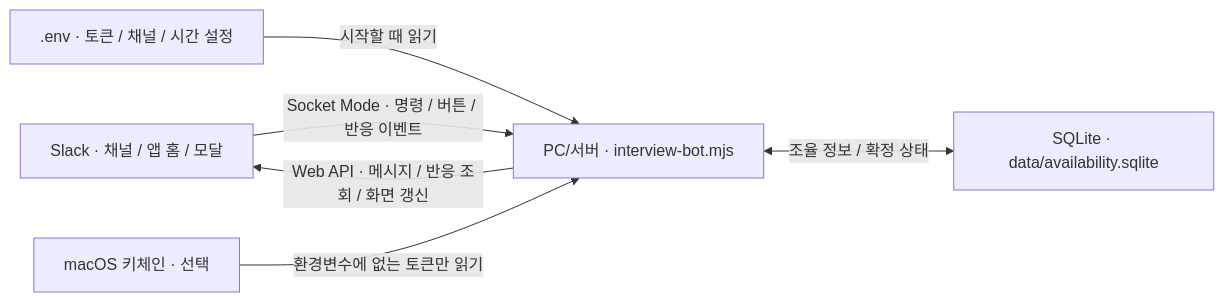
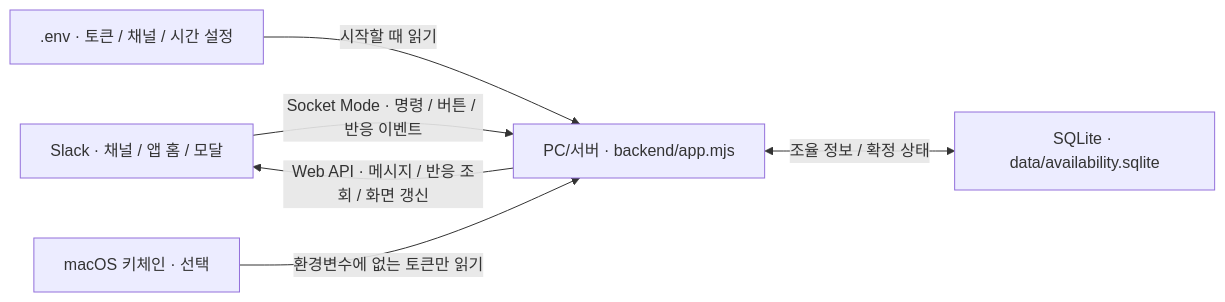
The diagram in README.md (realmi-lab/slack-interview-app), drawn with Mermaid before and after one commit. The commit also changed other lines of this file and 13 other files, not shown here.

````diff
--- a/README.md
+++ b/README.md
@@ -65,8 +65,8 @@
 ```mermaid
 flowchart LR
-    S["Slack · 채널 / 앱 홈 / 모달"] -->|"Socket Mode · 명령 / 버튼 / 반응 이벤트"| B["PC/서버 · interview-bot.mjs"]
+    S["Slack · 채널 / 앱 홈 / 모달"] -->|"Socket Mode · 명령 / 버튼 / 반응 이벤트"| B["PC/서버 · backend/app.mjs"]
     B -->|"Web API · 메시지 / 반응 조회 / 화면 갱신"| S
     B <-->|"조율 정보 / 확정 상태"| D["SQLite · data/availability.sqlite"]
     E[".env · 토큰 / 채널 / 시간 설정"] -->|"시작할 때 읽기"| B
     K["macOS 키체인 · 선택"] -->|"환경변수에 없는 토큰만 읽기"| B
 ```
````
